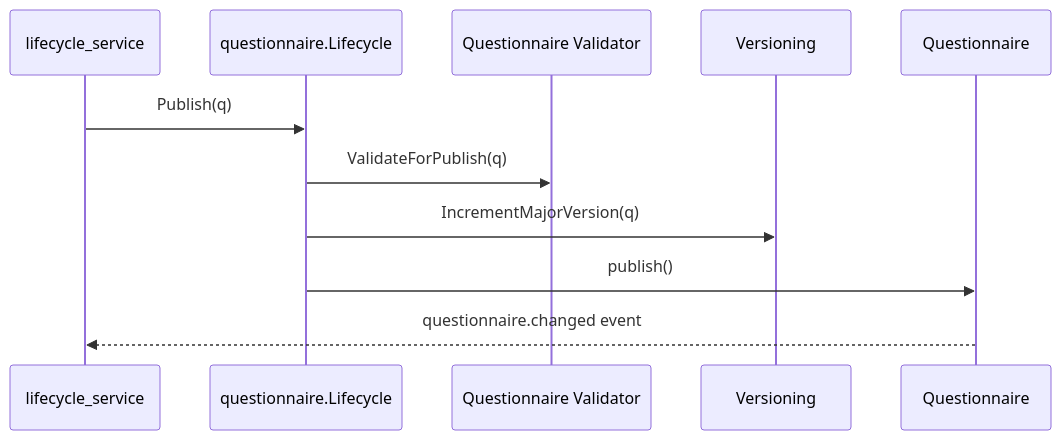
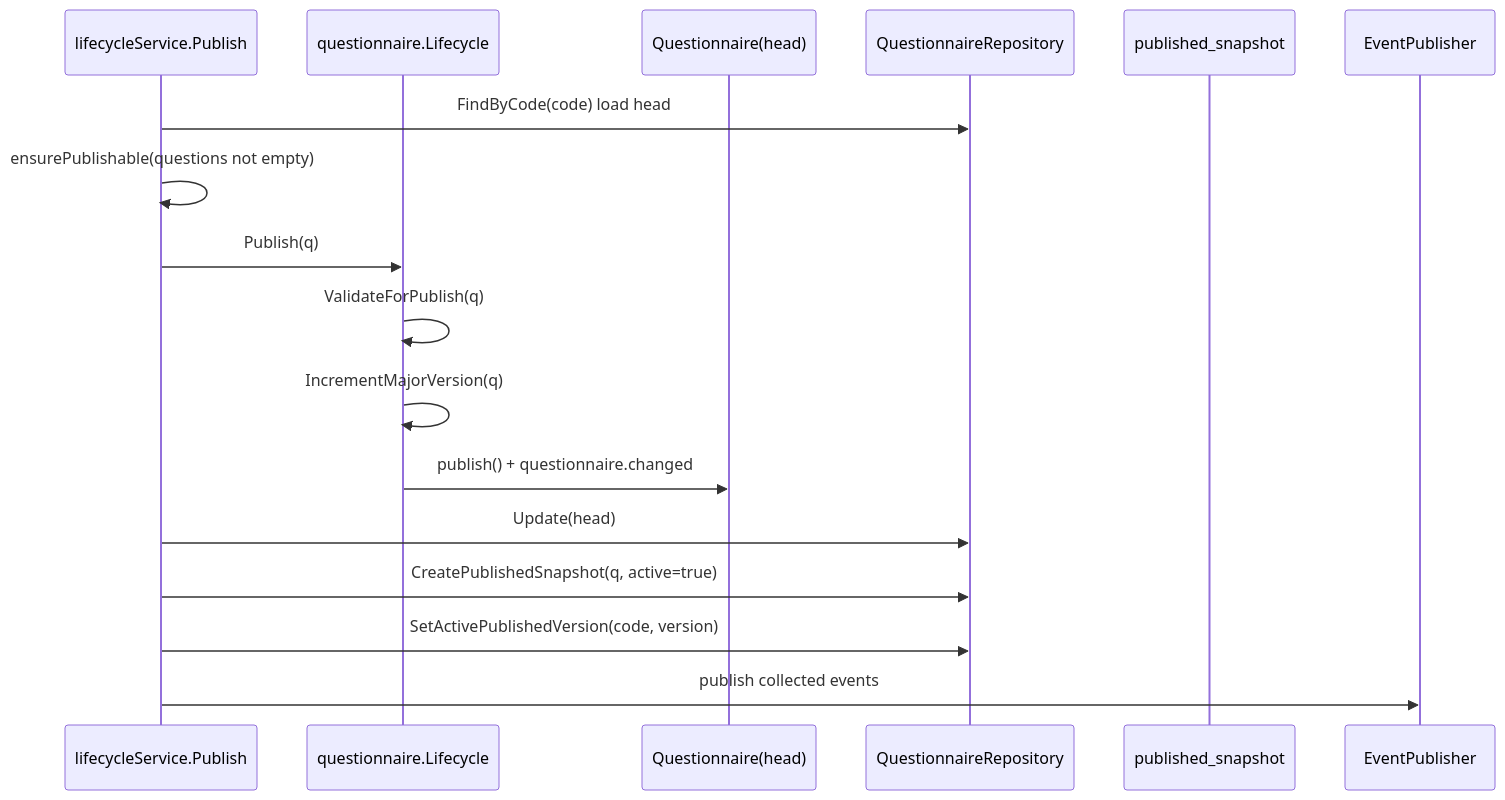
The second of 2 diagrams in docs/02-业务模块/survey/01-Questionnaire生命周期与版本.md (FangcunMount/qs-server), drawn with Mermaid before and after one commit. The commit also changed other lines of this file and 7 other files, not shown here.

````diff
--- a/docs/02-业务模块/survey/01-Questionnaire生命周期与版本.md
+++ b/docs/02-业务模块/survey/01-Questionnaire生命周期与版本.md
@@ -33,13 +165,20 @@
 ```mermaid
 sequenceDiagram
-    participant App as lifecycle_service
-    participant Life as questionnaire.Lifecycle
-    participant Validator as Questionnaire Validator
-    participant Versioning
-    participant Q as Questionnaire
-    App->>Life: Publish(q)
-    Life->>Validator: ValidateForPublish(q)
-    Life->>Versioning: IncrementMajorVersion(q)
-    Life->>Q: publish()
-    Q-->>App: questionnaire.changed event
+    participant App as lifecycleService.Publish
+    participant Domain as questionnaire.Lifecycle
+    participant Q as Questionnaire(head)
+    participant Repo as QuestionnaireRepository
+    participant Snapshot as published_snapshot
+    participant Event as EventPublisher
+
+    App->>Repo: FindByCode(code) load head
+    App->>App: ensurePublishable(questions not empty)
+    App->>Domain: Publish(q)
+    Domain->>Domain: ValidateForPublish(q)
+    Domain->>Domain: IncrementMajorVersion(q)
+    Domain->>Q: publish() + questionnaire.changed
+    App->>Repo: Update(head)
+    App->>Repo: CreatePublishedSnapshot(q, active=true)
+    App->>Repo: SetActivePublishedVersion(code, version)
+    App->>Event: publish collected events
 ```
````
